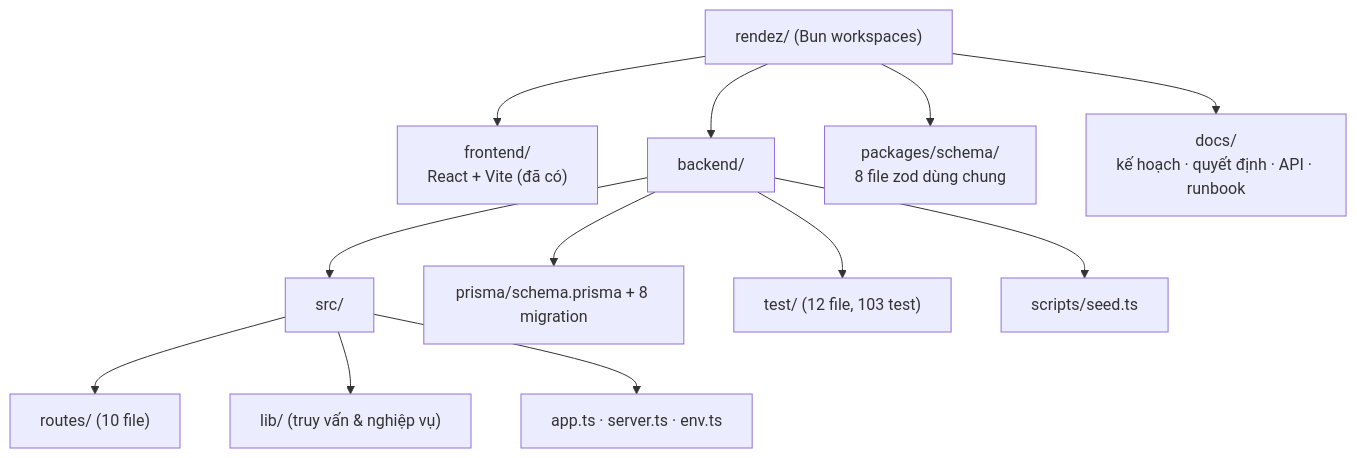
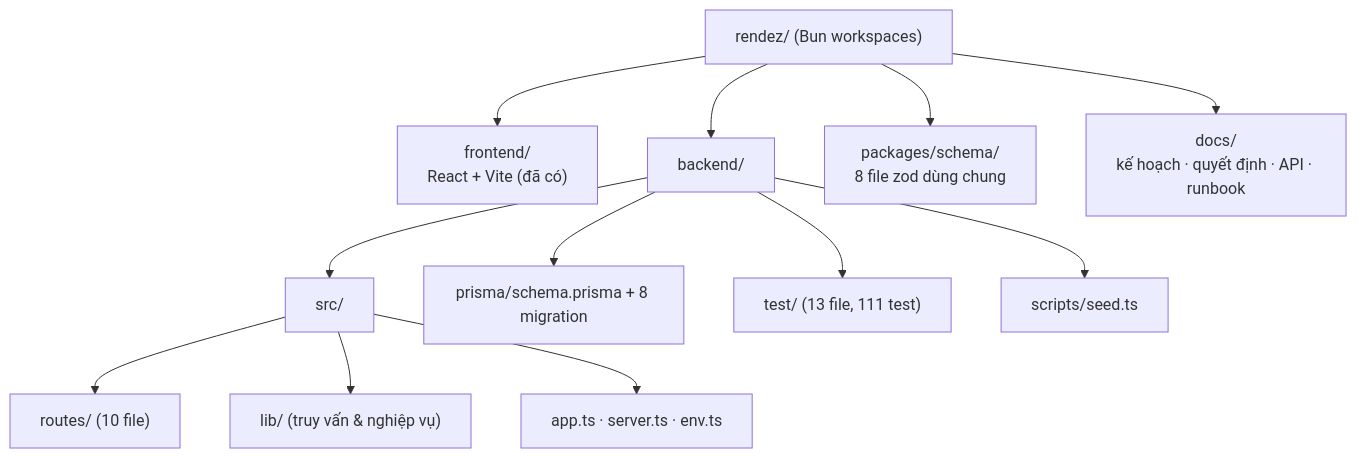
One commit to longqt321/Rendez-PBL6 changed the sixth of 14 diagrams in docs/bao-cao/BAO-CAO-DO-AN.md. Above: the diagram before and after it, drawn with Mermaid. The commit also changed other lines of this file and 2 other files, not shown here.

Commit message:
docs: cap nhat so lieu kiem thu 111 test/13 file + checkpoint 08:00

````diff
--- a/docs/bao-cao/BAO-CAO-DO-AN.md
+++ b/docs/bao-cao/BAO-CAO-DO-AN.md
@@ -439,15 +439,15 @@
 ```mermaid
 flowchart TB
   Root["rendez/ (Bun workspaces)"]
   Root --> FE["frontend/<br/>React + Vite (đã có)"]
   Root --> BE["backend/"]
   Root --> PKG["packages/schema/<br/>8 file zod dùng chung"]
   Root --> DOC["docs/<br/>kế hoạch · quyết định · API · runbook"]
   BE --> SRC["src/"]
   SRC --> R["routes/ (10 file)"]
   SRC --> L["lib/ (truy vấn & nghiệp vụ)"]
   SRC --> I["app.ts · server.ts · env.ts"]
   BE --> PR["prisma/schema.prisma + 8 migration"]
-  BE --> T["test/ (12 file, 103 test)"]
+  BE --> T["test/ (13 file, 111 test)"]
   BE --> SC["scripts/seed.ts"]
 ```
````
